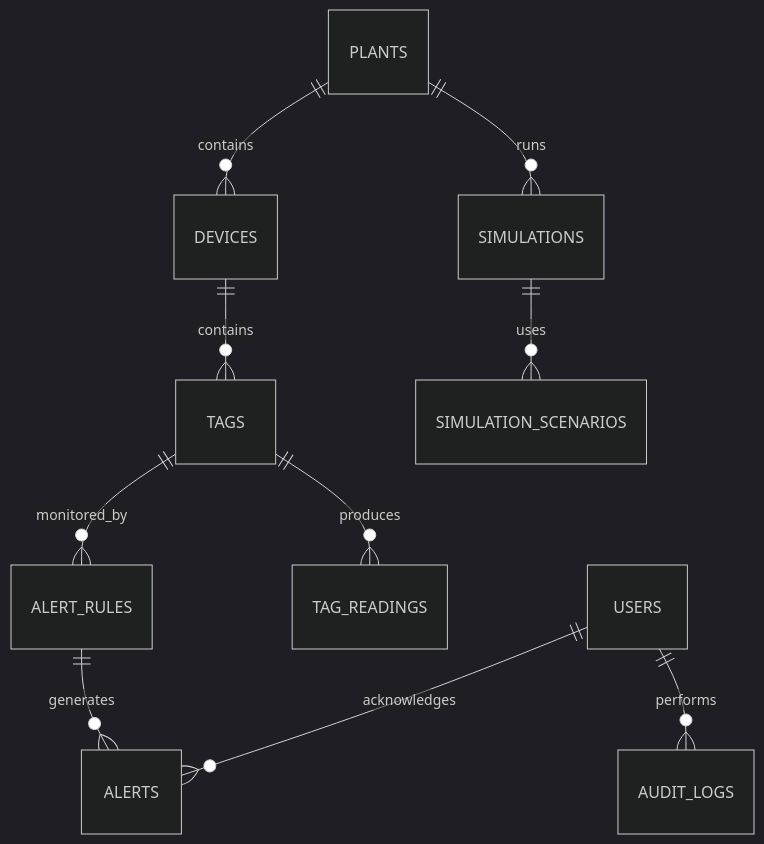
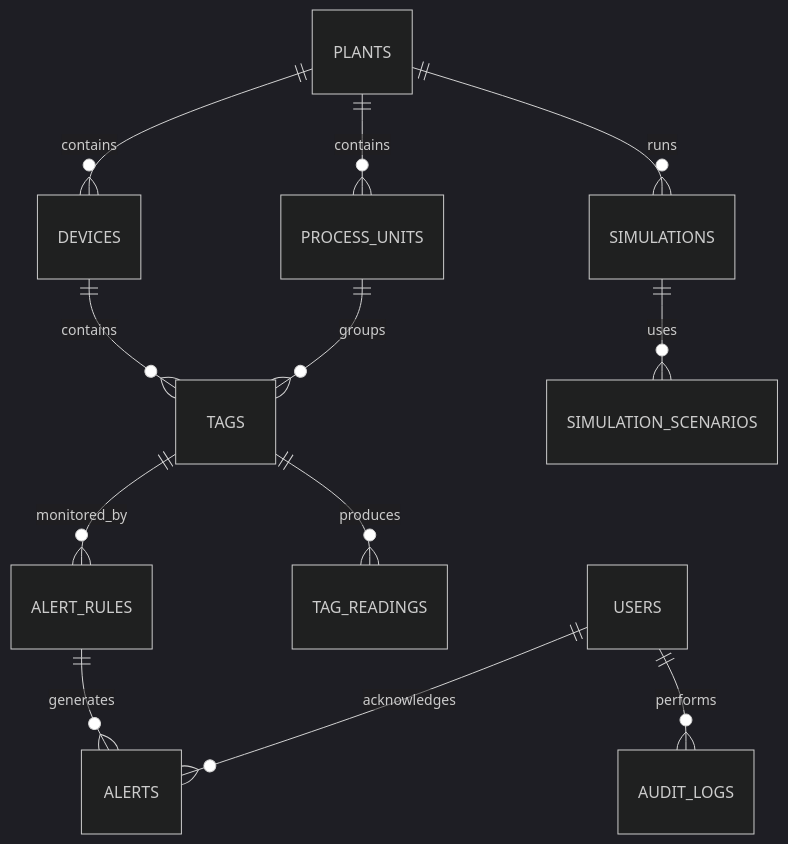
Before and after one commit to bryancastillo10/smart-plc-control: the diagram in server/SCHEMA.MD, drawn with Mermaid (dark theme). The commit also changed other lines of this file, not shown here.

Commit message:
🧹chore: schema draft v3

````diff
--- a/server/SCHEMA.MD
+++ b/server/SCHEMA.MD
@@ -9,17 +11,19 @@
 ```mermaid
 erDiagram
     USERS ||--o{ ALERTS : acknowledges
     USERS ||--o{ AUDIT_LOGS : performs
 
+    PLANTS ||--o{ PROCESS_UNITS : contains
     PLANTS ||--o{ DEVICES : contains
     PLANTS ||--o{ SIMULATIONS : runs
 
+    PROCESS_UNITS ||--o{ TAGS : groups
     DEVICES ||--o{ TAGS : contains
 
     TAGS ||--o{ TAG_READINGS : produces
     TAGS ||--o{ ALERT_RULES : monitored_by
 
     ALERT_RULES ||--o{ ALERTS : generates
 
     SIMULATIONS ||--o{ SIMULATION_SCENARIOS : uses
 ```
````
